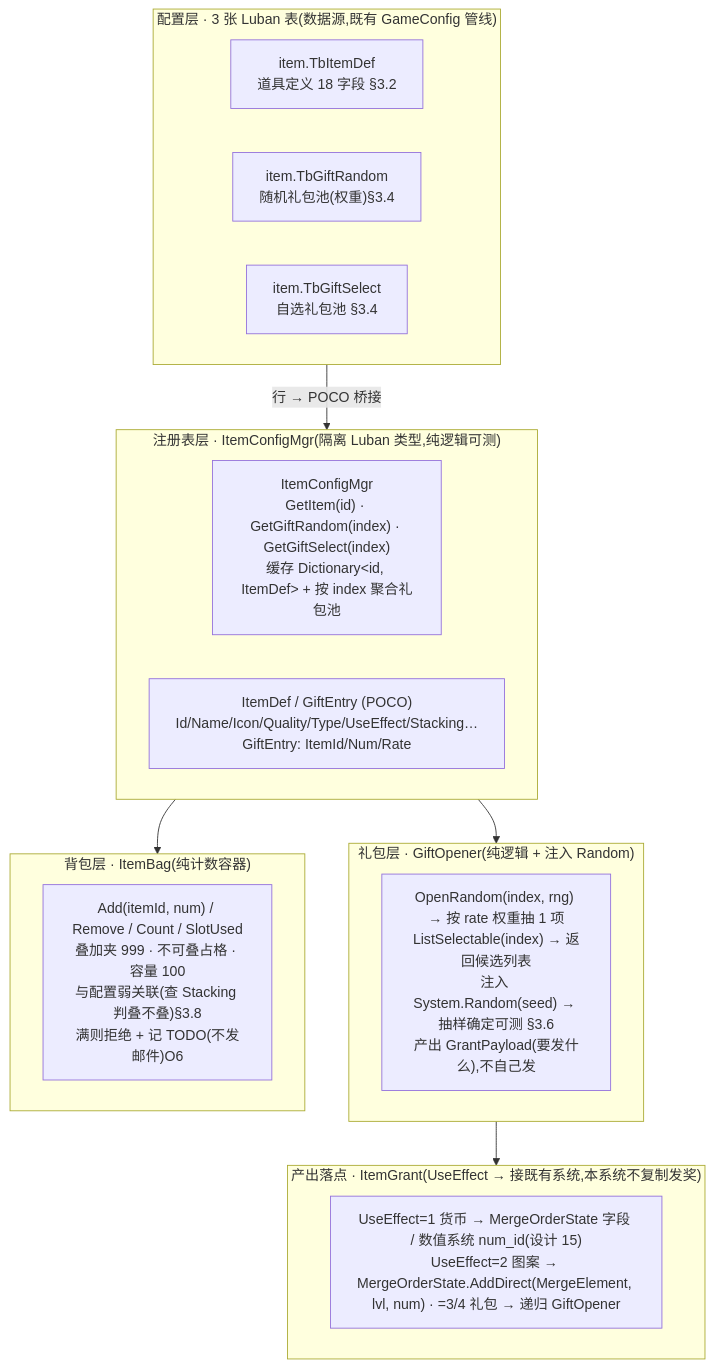
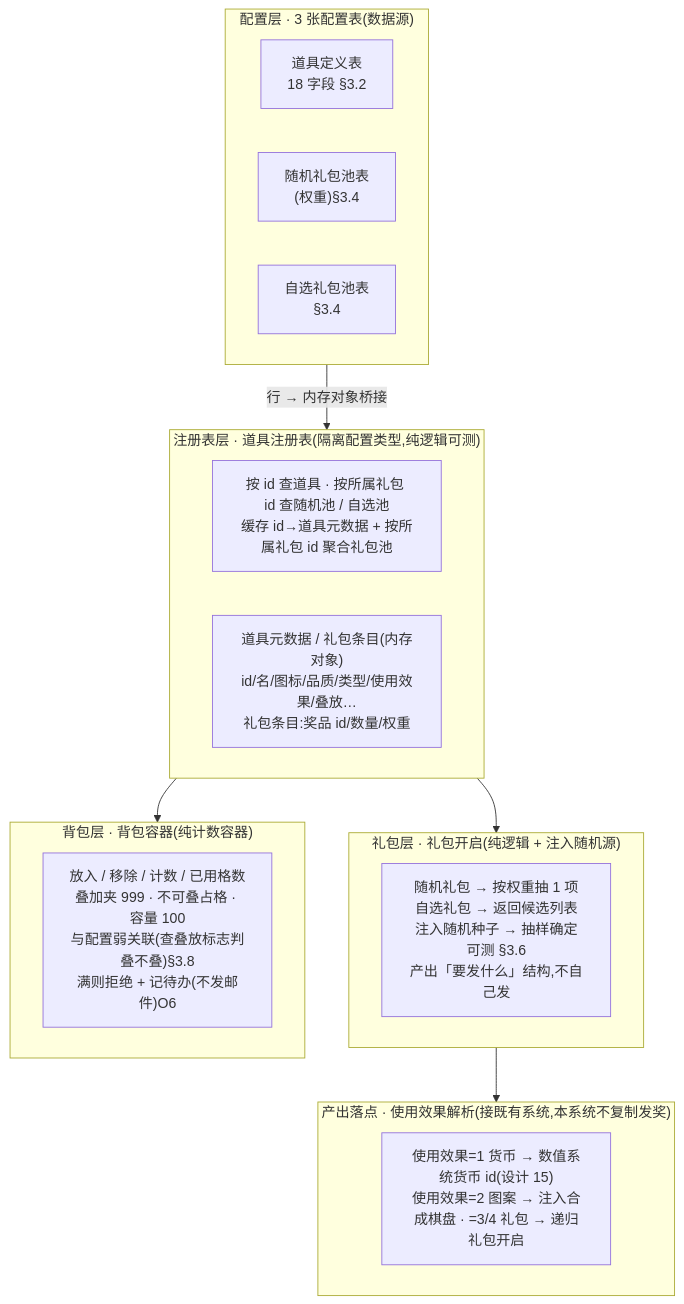
Before and after one commit to zhoupeng921101/TEngine_zp: the first of 2 diagrams in UnityProject/design-docs/16-item-system.md, drawn with Mermaid. The commit also changed other lines of this file and 20 other files, not shown here.

````diff
--- a/UnityProject/design-docs/16-item-system.md
+++ b/UnityProject/design-docs/16-item-system.md
@@ -67,25 +67,25 @@
 ```mermaid
 flowchart TD
-    subgraph cfg["配置层 · 3 张 Luban 表(数据源,既有 GameConfig 管线)"]
-        c1["item.TbItemDef<br/>道具定义 18 字段 §3.2"]
-        c2["item.TbGiftRandom<br/>随机礼包池(权重)§3.4"]
-        c3["item.TbGiftSelect<br/>自选礼包池 §3.4"]
+    subgraph cfg["配置层 · 3 张配置表(数据源)"]
+        c1["道具定义表<br/>18 字段 §3.2"]
+        c2["随机礼包池表<br/>(权重)§3.4"]
+        c3["自选礼包池表<br/>§3.4"]
     end
-    subgraph reg["注册表层 · ItemConfigMgr(隔离 Luban 类型,纯逻辑可测)"]
-        r1["ItemConfigMgr<br/>GetItem(id) · GetGiftRandom(index) · GetGiftSelect(index)<br/>缓存 Dictionary&lt;id, ItemDef&gt; + 按 index 聚合礼包池"]
-        r2["ItemDef / GiftEntry (POCO)<br/>Id/Name/Icon/Quality/Type/UseEffect/Stacking…<br/>GiftEntry: ItemId/Num/Rate"]
+    subgraph reg["注册表层 · 道具注册表(隔离配置类型,纯逻辑可测)"]
+        r1["按 id 查道具 · 按所属礼包 id 查随机池 / 自选池<br/>缓存 id→道具元数据 + 按所属礼包 id 聚合礼包池"]
+        r2["道具元数据 / 礼包条目(内存对象)<br/>id/名/图标/品质/类型/使用效果/叠放…<br/>礼包条目:奖品 id/数量/权重"]
     end
-    subgraph gift["礼包层 · GiftOpener(纯逻辑 + 注入 Random)"]
-        g1["OpenRandom(index, rng) → 按 rate 权重抽 1 项<br/>ListSelectable(index) → 返回候选列表<br/>注入 System.Random(seed) → 抽样确定可测 §3.6<br/>产出 GrantPayload(要发什么),不自己发"]
+    subgraph gift["礼包层 · 礼包开启(纯逻辑 + 注入随机源)"]
+        g1["随机礼包 → 按权重抽 1 项<br/>自选礼包 → 返回候选列表<br/>注入随机种子 → 抽样确定可测 §3.6<br/>产出「要发什么」结构,不自己发"]
     end
-    subgraph bag["背包层 · ItemBag(纯计数容器)"]
-        b1["Add(itemId, num) / Remove / Count / SlotUsed<br/>叠加夹 999 · 不可叠占格 · 容量 100<br/>与配置弱关联(查 Stacking 判叠不叠)§3.8<br/>满则拒绝 + 记 TODO(不发邮件)O6"]
+    subgraph bag["背包层 · 背包容器(纯计数容器)"]
+        b1["放入 / 移除 / 计数 / 已用格数<br/>叠加夹 999 · 不可叠占格 · 容量 100<br/>与配置弱关联(查叠放标志判叠不叠)§3.8<br/>满则拒绝 + 记待办(不发邮件)O6"]
     end
-    subgraph grant["产出落点 · ItemGrant(UseEffect → 接既有系统,本系统不复制发奖)"]
-        gr1["UseEffect=1 货币 → MergeOrderState 字段 / 数值系统 num_id(设计 15)<br/>UseEffect=2 图案 → MergeOrderState.AddDirect(MergeElement, lvl, num) · =3/4 礼包 → 递归 GiftOpener"]
+    subgraph grant["产出落点 · 使用效果解析(接既有系统,本系统不复制发奖)"]
+        gr1["使用效果=1 货币 → 数值系统货币 id(设计 15)<br/>使用效果=2 图案 → 注入合成棋盘 · =3/4 礼包 → 递归礼包开启"]
     end
-    cfg -->|行 → POCO 桥接| reg
+    cfg -->|行 → 内存对象桥接| reg
     reg --> gift
     reg --> bag
     gift --> grant
 ```
````
